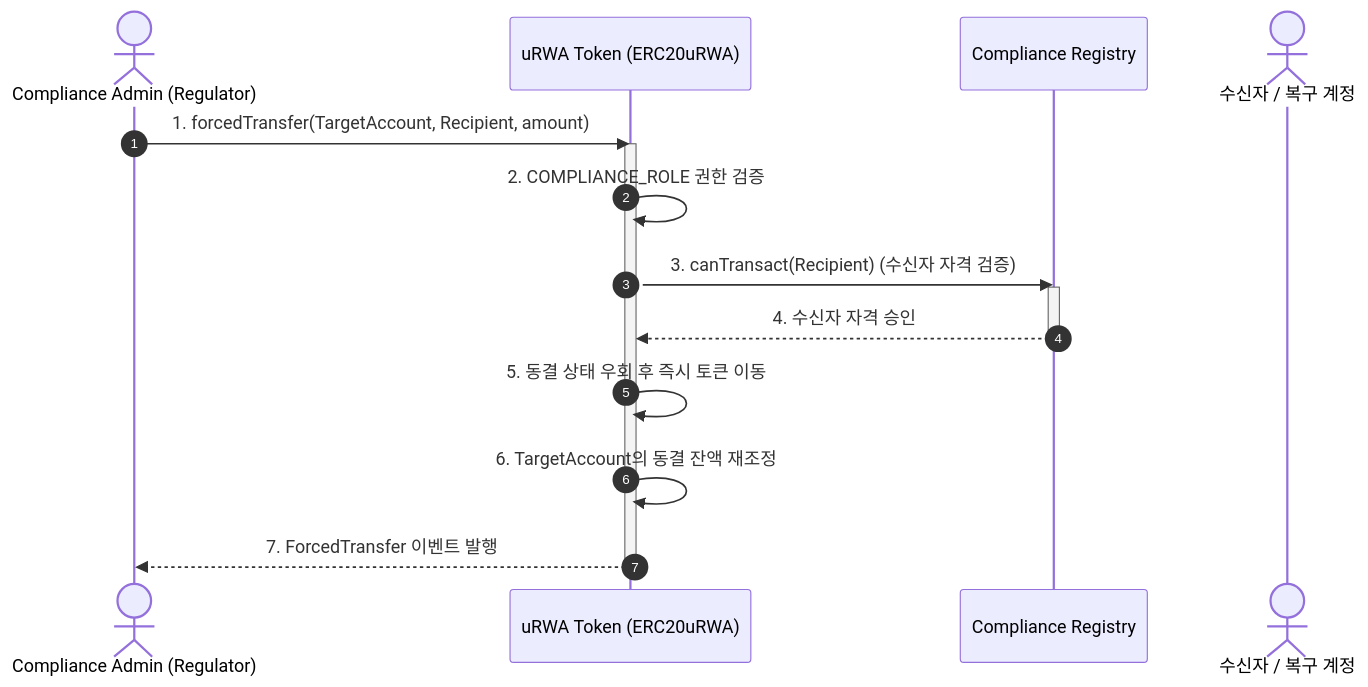
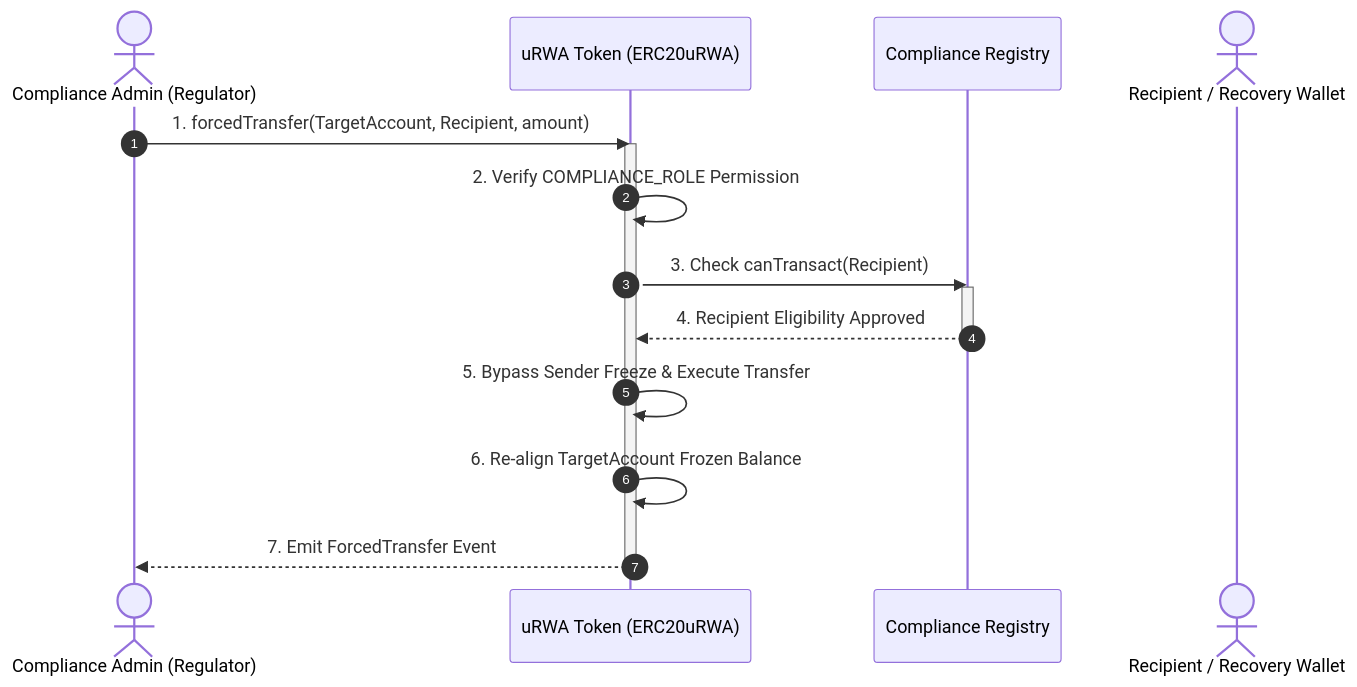
One commit to diver-jay/EIP-7943-sandbox changed the second of 3 diagrams in README.md. Above: the diagram before and after it, drawn with Mermaid. The commit also changed other lines of this file, not shown here.

Commit message:
docs: Update README with comprehensive English documentation, deployment details, and architecture diagrams

````diff
--- a/README.md
+++ b/README.md
@@ -44,20 +50,20 @@
 ```mermaid
 sequenceDiagram
     autonumber
     actor Admin as Compliance Admin (Regulator)
     participant Token as uRWA Token (ERC20uRWA)
     participant Registry as Compliance Registry
-    actor Recipient as 수신자 / 복구 계정
+    actor Recipient as Recipient / Recovery Wallet
 
     Admin->>Token: 1. forcedTransfer(TargetAccount, Recipient, amount)
     activate Token
-    Token->>Token: 2. COMPLIANCE_ROLE 권한 검증
-    Token->>Registry: 3. canTransact(Recipient) (수신자 자격 검증)
+    Token->>Token: 2. Verify COMPLIANCE_ROLE Permission
+    Token->>Registry: 3. Check canTransact(Recipient)
     activate Registry
-    Registry-->>Token: 4. 수신자 자격 승인
+    Registry-->>Token: 4. Recipient Eligibility Approved
     deactivate Registry
-    Token->>Token: 5. 동결 상태 우회 후 즉시 토큰 이동
-    Token->>Token: 6. TargetAccount의 동결 잔액 재조정
-    Token-->>Admin: 7. ForcedTransfer 이벤트 발행
+    Token->>Token: 5. Bypass Sender Freeze & Execute Transfer
+    Token->>Token: 6. Re-align TargetAccount Frozen Balance
+    Token-->>Admin: 7. Emit ForcedTransfer Event
     deactivate Token
 ```
````
